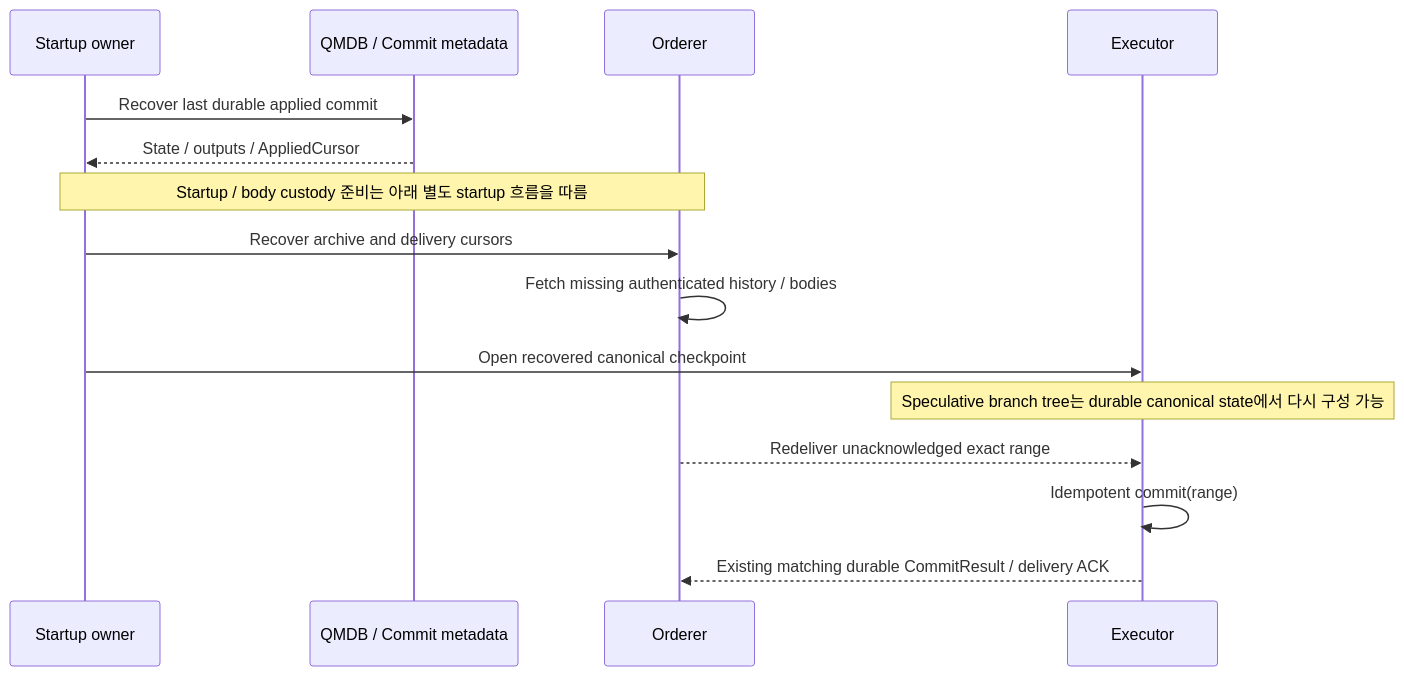
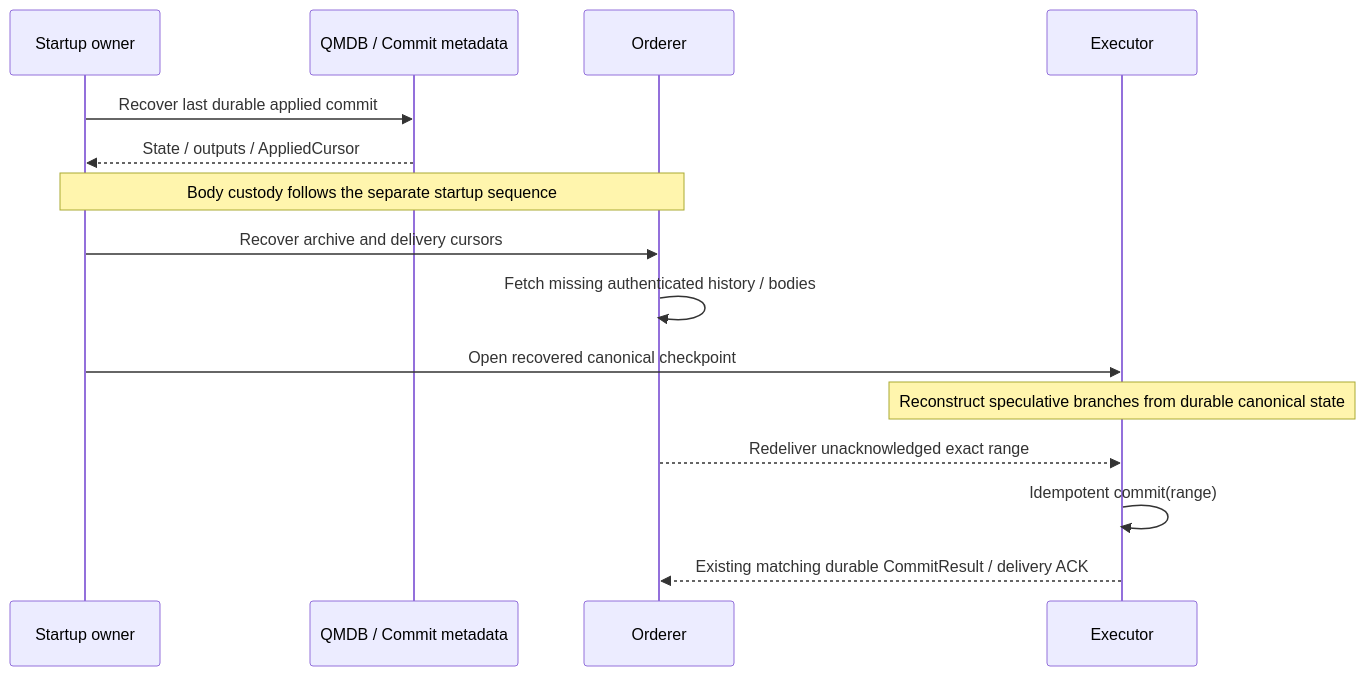
Before and after one commit to djm07073/baton-research: the second of 2 diagrams in docs/e2e/recovery.md, drawn with Mermaid. The commit also changed other lines of this file and 99 other files, not shown here.

````diff
--- a/docs/e2e/recovery.md
+++ b/docs/e2e/recovery.md
@@ -56,17 +56,17 @@
 ```mermaid
 sequenceDiagram
     participant S as Startup owner
     participant Q as QMDB / Commit metadata
     participant M as Orderer
     participant E as Executor
     S->>Q: Recover last durable applied commit
     Q-->>S: State / outputs / AppliedCursor
-    Note over S,M: Startup / body custody 준비는 아래 별도 startup 흐름을 따름
+    Note over S,M: Body custody follows the separate startup sequence
     S->>M: Recover archive and delivery cursors
     M->>M: Fetch missing authenticated history / bodies
     S->>E: Open recovered canonical checkpoint
-    Note over E: Speculative branch tree는 durable canonical state에서 다시 구성 가능
+    Note over E: Reconstruct speculative branches from durable canonical state
     M-->>E: Redeliver unacknowledged exact range
     E->>E: Idempotent commit(range)
     E-->>M: Existing matching durable CommitResult / delivery ACK
 ```
````
